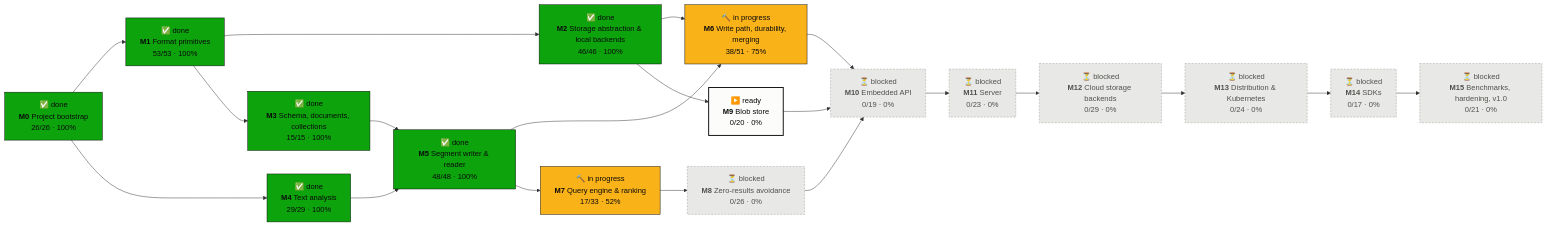
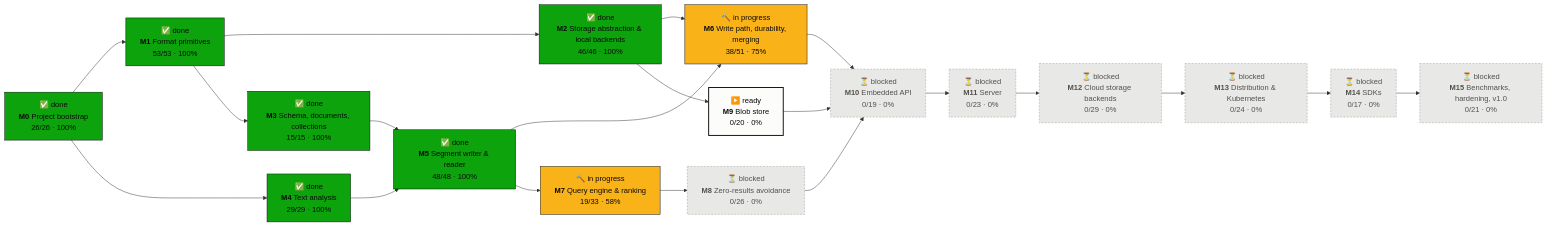
One commit to tomiok/persiaDB changed the first of 2 diagrams in PROGRESS.md. Above: the diagram before and after it, drawn with Mermaid. The commit also changed other lines of this file and 7 other files, not shown here.

````diff
--- a/PROGRESS.md
+++ b/PROGRESS.md
@@ -16,42 +16,42 @@
 ```mermaid
 flowchart LR
   M0["✅ done<br/><b>M0</b> Project bootstrap<br/>26/26 · 100%"]:::done
   M1["✅ done<br/><b>M1</b> Format primitives<br/>53/53 · 100%"]:::done
   M2["✅ done<br/><b>M2</b> Storage abstraction & local backends<br/>46/46 · 100%"]:::done
   M3["✅ done<br/><b>M3</b> Schema, documents, collections<br/>15/15 · 100%"]:::done
   M4["✅ done<br/><b>M4</b> Text analysis<br/>29/29 · 100%"]:::done
   M5["✅ done<br/><b>M5</b> Segment writer & reader<br/>48/48 · 100%"]:::done
   M6["🔨 in progress<br/><b>M6</b> Write path, durability, merging<br/>38/51 · 75%"]:::doing
-  M7["🔨 in progress<br/><b>M7</b> Query engine & ranking<br/>17/33 · 52%"]:::doing
+  M7["🔨 in progress<br/><b>M7</b> Query engine & ranking<br/>19/33 · 58%"]:::doing
   M8["⏳ blocked<br/><b>M8</b> Zero-results avoidance<br/>0/26 · 0%"]:::blocked
   M9["▶️ ready<br/><b>M9</b> Blob store<br/>0/20 · 0%"]:::ready
   M10["⏳ blocked<br/><b>M10</b> Embedded API<br/>0/19 · 0%"]:::blocked
   M11["⏳ blocked<br/><b>M11</b> Server<br/>0/23 · 0%"]:::blocked
   M12["⏳ blocked<br/><b>M12</b> Cloud storage backends<br/>0/29 · 0%"]:::blocked
   M13["⏳ blocked<br/><b>M13</b> Distribution & Kubernetes<br/>0/24 · 0%"]:::blocked
   M14["⏳ blocked<br/><b>M14</b> SDKs<br/>0/17 · 0%"]:::blocked
   M15["⏳ blocked<br/><b>M15</b> Benchmarks, hardening, v1.0<br/>0/21 · 0%"]:::blocked
   M0 --> M1
   M1 --> M2
   M1 --> M3
   M0 --> M4
   M3 --> M5
   M4 --> M5
   M2 --> M6
   M5 --> M6
   M5 --> M7
   M7 --> M8
   M2 --> M9
   M6 --> M10
   M8 --> M10
   M9 --> M10
   M10 --> M11
   M11 --> M12
   M12 --> M13
   M13 --> M14
   M14 --> M15
   classDef done fill:#0ca30c,stroke:#0b0b0b,color:#0b0b0b
   classDef doing fill:#fab219,stroke:#0b0b0b,color:#0b0b0b
   classDef ready fill:#fcfcfb,stroke:#0b0b0b,stroke-width:2px,color:#0b0b0b
   classDef blocked fill:#e8e8e6,stroke:#9a9a96,stroke-dasharray:4 3,color:#52514e
 ```
````
